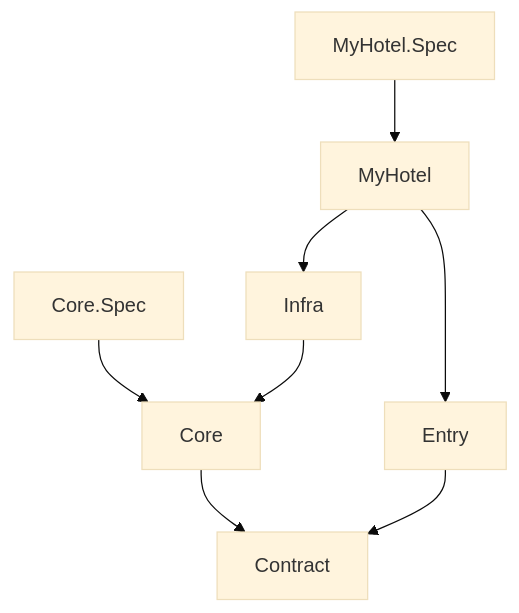
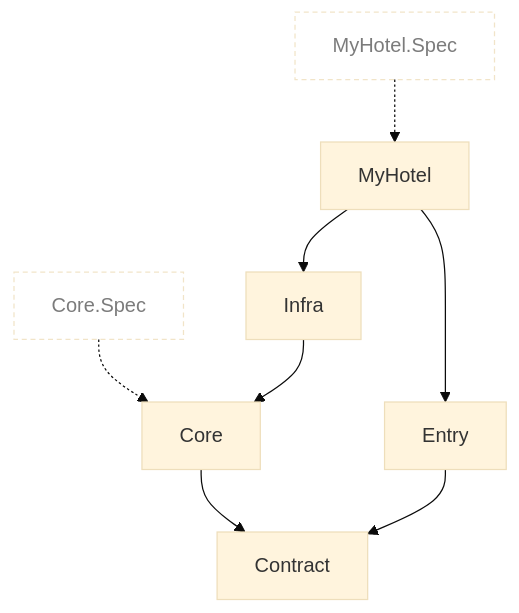
One commit to joakimsigvald/TSpec changed the diagram in SampleProjects/MyHotel/Architecture.Spec/_specification.md. Above: the diagram before and after it, drawn with Mermaid (base theme). The commit also changed 6 other files, not shown here.

````diff
--- a/SampleProjects/MyHotel/Architecture.Spec/_specification.md
+++ b/SampleProjects/MyHotel/Architecture.Spec/_specification.md
@@ -5,20 +5,20 @@
 ```mermaid
 flowchart TD
     MyHotel
     Contract
     Core
-    Core_Spec["Core.Spec"]
+    Core_Spec["Core.Spec"]:::spec
     Entry
     Infra
-    MyHotel_Spec["MyHotel.Spec"]
+    MyHotel_Spec["MyHotel.Spec"]:::spec
     MyHotel --> Entry
     MyHotel --> Infra
     Core --> Contract
-    Core_Spec --> Core
+    Core_Spec -.-> Core
     Entry --> Contract
     Infra --> Core
-    MyHotel_Spec --> MyHotel
+    MyHotel_Spec -.-> MyHotel
     click MyHotel "../MyHotel.Spec/_specification/README.md"
     click Core "../Core.Spec/_specification/README.md"
     classDef spec fill:none,stroke-dasharray:4 3,opacity:0.8
 ```
````
